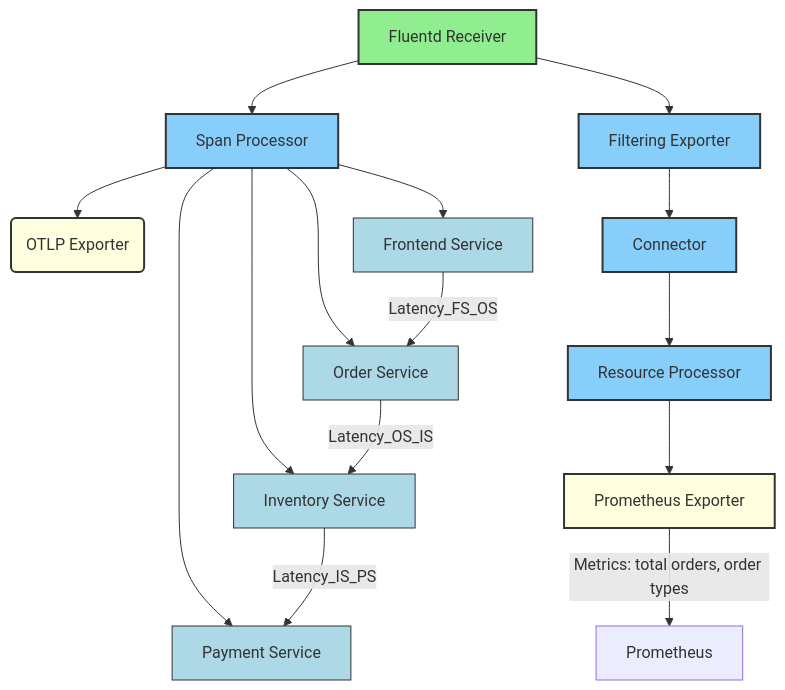
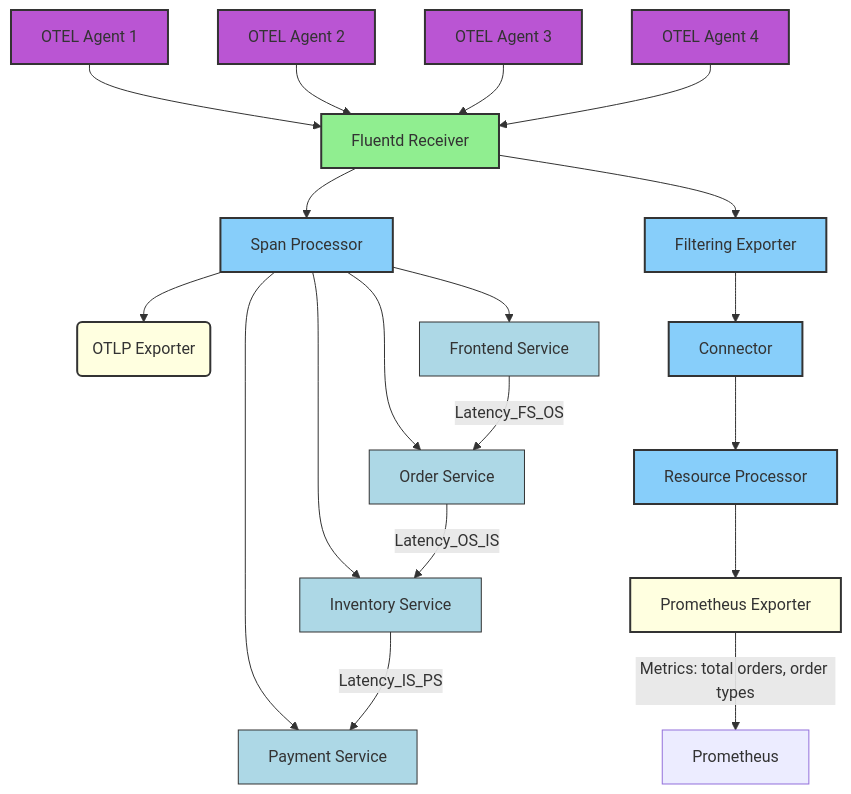
The first of 5 diagrams in README.md (cdeacosta/cdeacosta), drawn with Mermaid before and after one commit.

````diff
--- a/README.md
+++ b/README.md
@@ -43,47 +43,59 @@
 ```mermaid
 flowchart TD
+    OTELAgent1[OTEL Agent 1]
+    OTELAgent2[OTEL Agent 2]
+    OTELAgent3[OTEL Agent 3]
+    OTELAgent4[OTEL Agent 4]
     FluentdReceiver[Fluentd Receiver]
     SpanProcessor[Span Processor]
     OTLPExporter(OTLP Exporter)
     FilteringExporter[Filtering Exporter]
     Connector[Connector]
     ResourceProcessor[Resource Processor]
     PrometheusExporter[Prometheus Exporter]
 
     FrontendService[Frontend Service]
     OrderService[Order Service]
     InventoryService[Inventory Service]
     PaymentService[Payment Service]
 
+    OTELAgent1 --> FluentdReceiver
+    OTELAgent2 --> FluentdReceiver
+    OTELAgent3 --> FluentdReceiver
+    OTELAgent4 --> FluentdReceiver
     FluentdReceiver --> SpanProcessor
     FluentdReceiver --> FilteringExporter
 
     SpanProcessor --> OTLPExporter
     SpanProcessor --> FrontendService
     SpanProcessor --> OrderService
     SpanProcessor --> InventoryService
     SpanProcessor --> PaymentService
 
     FrontendService -- "Latency_FS_OS" --> OrderService
     OrderService -- "Latency_OS_IS" --> InventoryService
     InventoryService -- "Latency_IS_PS" --> PaymentService
 
     FilteringExporter --> Connector
     Connector --> ResourceProcessor
     ResourceProcessor --> PrometheusExporter
 
     PrometheusExporter -->|Metrics: total orders, order types| Prometheus
 
     style FluentdReceiver fill:#90EE90,stroke:#333,stroke-width:2px
     style SpanProcessor fill:#87CEFA,stroke:#333,stroke-width:2px
     style OTLPExporter fill:#FFFFE0,stroke:#333,stroke-width:2px
     style FilteringExporter fill:#87CEFA,stroke:#333,stroke-width:2px
     style Connector fill:#87CEFA,stroke:#333,stroke-width:2px
     style ResourceProcessor fill:#87CEFA,stroke:#333,stroke-width:2px
     style PrometheusExporter fill:#FFFFE0,stroke:#333,stroke-width:2px
+    style OTELAgent1 fill:#BA55D3,stroke:#333,stroke-width:2px
+    style OTELAgent2 fill:#BA55D3,stroke:#333,stroke-width:2px
+    style OTELAgent3 fill:#BA55D3,stroke:#333,stroke-width:2px
+    style OTELAgent4 fill:#BA55D3,stroke:#333,stroke-width:2px
 
     style FrontendService fill:#ADD8E6,stroke:#333,stroke-width:1px
     style OrderService fill:#ADD8E6,stroke:#333,stroke-width:1px
     style InventoryService fill:#ADD8E6,stroke:#333,stroke-width:1px
     style PaymentService fill:#ADD8E6,stroke:#333,stroke-width:1px
 ```
````
